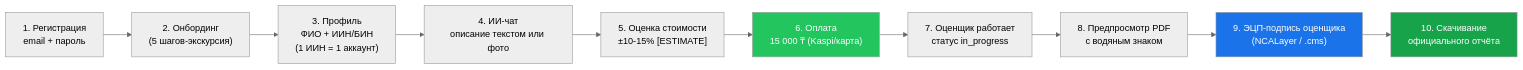
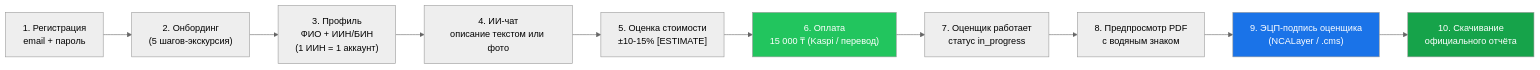
The second of 7 diagrams in TZ/Roadmap.md (arcnosixta/esep-web), drawn with Mermaid (neutral theme) before and after one commit. The commit also changed other lines of this file and 1 other file, not shown here.

Commit message:
docs: Roadmap — клиенты web+app (единый Flutter), убраны Этапы 3-4 (после сентября)

````diff
--- a/TZ/Roadmap.md
+++ b/TZ/Roadmap.md
@@ -52,16 +57,16 @@
 ```mermaid
 flowchart LR
     A["1. Регистрация<br/>email + пароль"] --> B["2. Онбординг<br/>(5 шагов-экскурсия)"]
     B --> C["3. Профиль<br/>ФИО + ИИН/БИН<br/>(1 ИИН = 1 аккаунт)"]
     C --> D["4. ИИ-чат<br/>описание текстом или фото"]
     D --> E["5. Оценка стоимости<br/>±10-15% #91;ESTIMATE#93;"]
-    E --> F["6. Оплата<br/>15 000 ₸ (Kaspi/карта)"]
+    E --> F["6. Оплата<br/>15 000 ₸ (Kaspi / перевод)"]
     F --> G["7. Оценщик работает<br/>статус in_progress"]
     G --> H["8. Предпросмотр PDF<br/>с водяным знаком"]
     H --> I["9. ЭЦП-подпись оценщика<br/>(NCALayer / .cms)"]
     I --> J["10. Скачивание<br/>официального отчёта"]
 
     style F fill:#22c55e,color:#fff
     style I fill:#1a73e8,color:#fff
     style J fill:#16a34a,color:#fff
 ```
````
